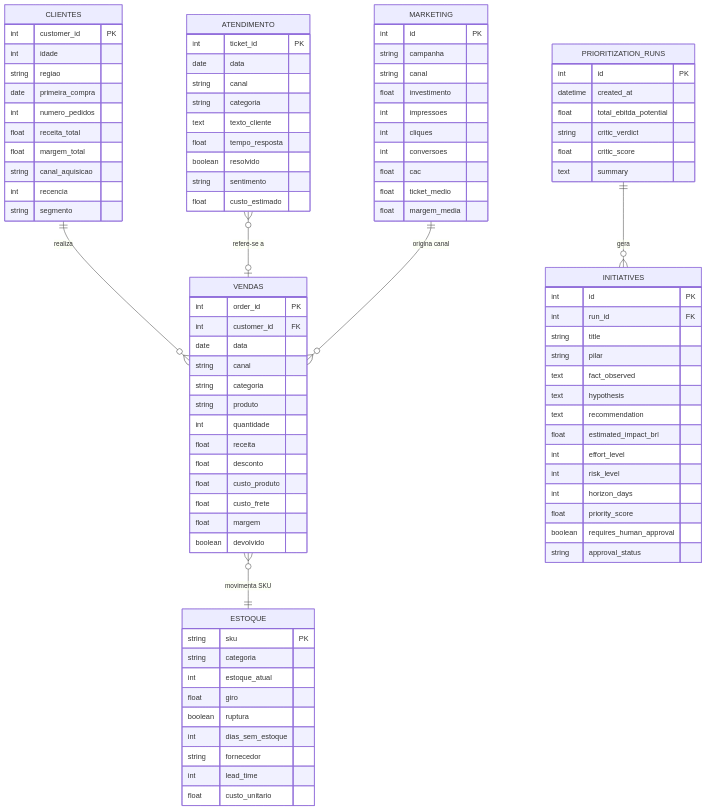
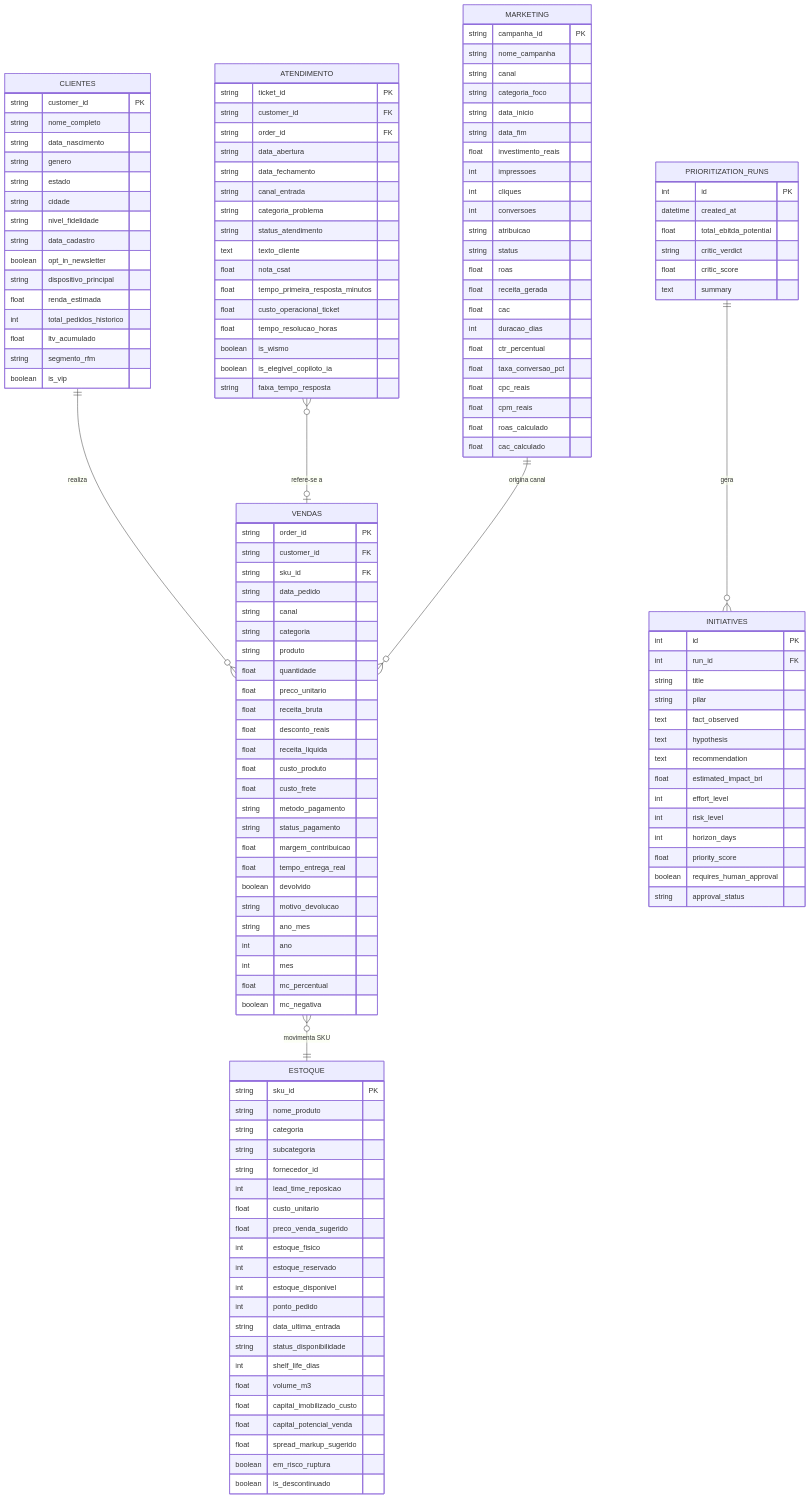
The fourth of 6 diagrams in docs/04_ideia.md (carlos-e-araujo/priorizador-de-margem), drawn with Mermaid before and after one commit. The commit also changed other lines of this file, not shown here.

Commit message:
Update Módulo C documentation and database schema to reflect changes in data handling and structure

```diff
--- a/docs/04_ideia.md
+++ b/docs/04_ideia.md
@@ -161,69 +172,117 @@
     PRIORITIZATION_RUNS ||--o{ INITIATIVES : "gera"
 
     VENDAS {
-        int order_id PK
-        int customer_id FK
-        date data
+        string order_id PK
+        string customer_id FK
+        string sku_id FK
+        string data_pedido
         string canal
         string categoria
         string produto
-        int quantidade
-        float receita
-        float desconto
+        float quantidade
+        float preco_unitario
+        float receita_bruta
+        float desconto_reais
+        float receita_liquida
         float custo_produto
         float custo_frete
-        float margem
+        string metodo_pagamento
+        string status_pagamento
+        float margem_contribuicao
+        float tempo_entrega_real
         boolean devolvido
+        string motivo_devolucao
+        string ano_mes
+        int ano
+        int mes
+        float mc_percentual
+        boolean mc_negativa
     }
 
     MARKETING {
-        int id PK
-        string campanha
+        string campanha_id PK
+        string nome_campanha
         string canal
-        float investimento
+        string categoria_foco
+        string data_inicio
+        string data_fim
+        float investimento_reais
         int impressoes
         int cliques
         int conversoes
+        string atribuicao
+        string status
+        float roas
+        float receita_gerada
         float cac
-        float ticket_medio
-        float margem_media
+        int duracao_dias
+        float ctr_percentual
+        float taxa_conversao_pct
+        float cpc_reais
+        float cpm_reais
+        float roas_calculado
+        float cac_calculado
     }
 
     CLIENTES {
-        int customer_id PK
-        int idade
-        string regiao
-        date primeira_compra
-        int numero_pedidos
-        float receita_total
-        float margem_total
-        string canal_aquisicao
-        int recencia
-        string segmento
+        string customer_id PK
+        string nome_completo
+        string data_nascimento
+        string genero
+        string estado
+        string cidade
+        string nivel_fidelidade
+        string data_cadastro
+        boolean opt_in_newsletter
+        string dispositivo_principal
+        float renda_estimada
+        int total_pedidos_historico
+        float ltv_acumulado
+        string segmento_rfm
+        boolean is_vip
     }
 
     ATENDIMENTO {
-        int ticket_id PK
-        date data
-        string canal
-        string categoria
+        string ticket_id PK
+        string customer_id FK
+        string order_id FK
+        string data_abertura
+        string data_fechamento
+        string canal_entrada
+        string categoria_problema
+        string status_atendimento
         text texto_cliente
-        float tempo_resposta
-        boolean resolvido
-        string sentimento
-        float custo_estimado
+        float nota_csat
+        float tempo_primeira_resposta_minutos
+        float custo_operacional_ticket
+        float tempo_resolucao_horas
+        boolean is_wismo
+        boolean is_elegivel_copiloto_ia
+        string faixa_tempo_resposta
     }
 
     ESTOQUE {
-        string sku PK
+        string sku_id PK
+        string nome_produto
         string categoria
-        int estoque_atual
-        float giro
-        boolean ruptura
-        int dias_sem_estoque
-        string fornecedor
-        int lead_time
+        string subcategoria
+        string fornecedor_id
+        int lead_time_reposicao
         float custo_unitario
+        float preco_venda_sugerido
+        int estoque_fisico
+        int estoque_reservado
+        int estoque_disponivel
+        int ponto_pedido
+        string data_ultima_entrada
+        string status_disponibilidade
+        int shelf_life_dias
+        float volume_m3
+        float capital_imobilizado_custo
+        float capital_potencial_venda
+        float spread_markup_sugerido
+        boolean em_risco_ruptura
+        boolean is_descontinuado
     }
 
     PRIORITIZATION_RUNS {
```
